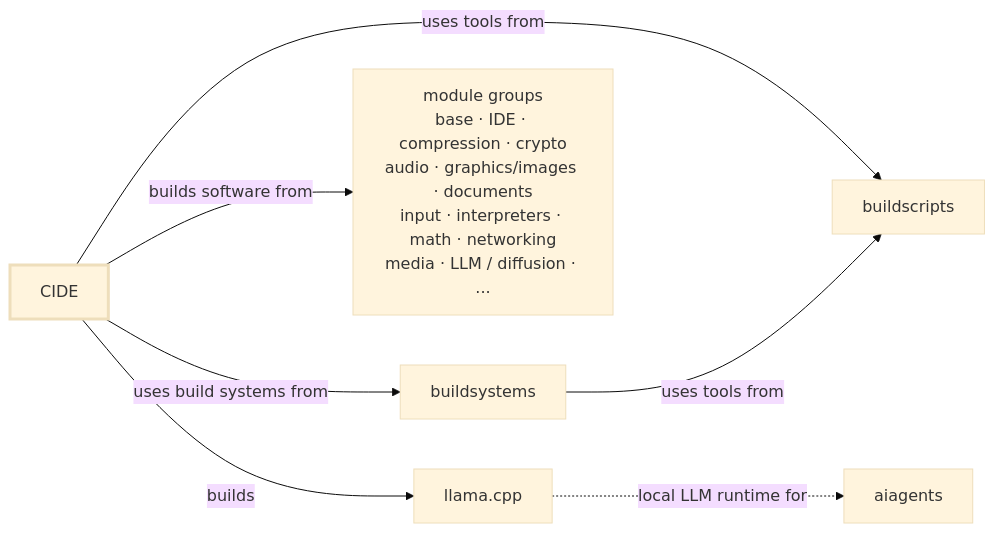
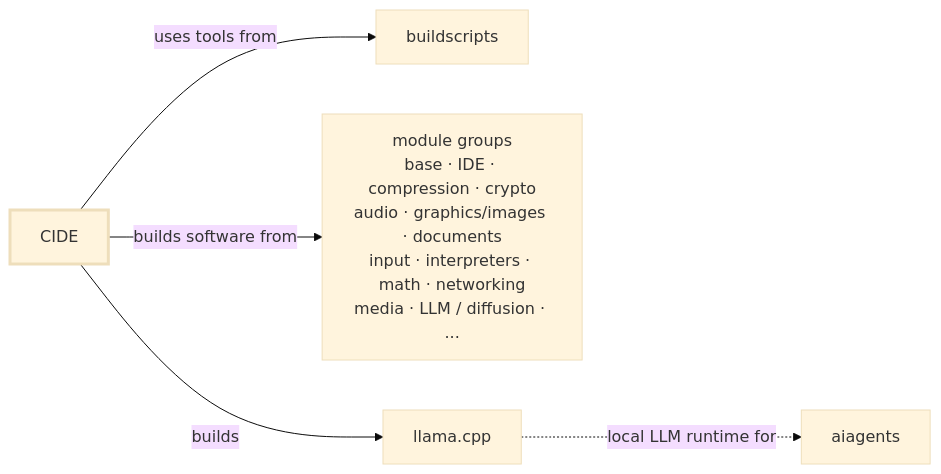
The fifth of 6 diagrams in README.md (witold-k/witold-k), drawn with Mermaid (base theme) before and after one commit. The commit also changed other lines of this file and 2 other files, not shown here.

Commit message:
docs: remove deleted buildsystems references from README.md

````diff
--- a/README.md
+++ b/README.md
@@ -93,12 +93,10 @@
 ```mermaid
 flowchart LR
     C[CIDE] -->|uses tools from| S[buildscripts]
-    C -->|uses build systems from| B[buildsystems]
-    B -->|uses tools from| S
 
     C -->|builds software from| G["module groups<br/>base · IDE · compression · crypto<br/>audio · graphics/images · documents<br/>input · interpreters · math · networking<br/>media · LLM / diffusion · ..."]
     C -->|builds| LL[llama.cpp]
     LL -.->|local LLM runtime for| A[aiagents]
 
     style C stroke-width:3px
 ```
````
